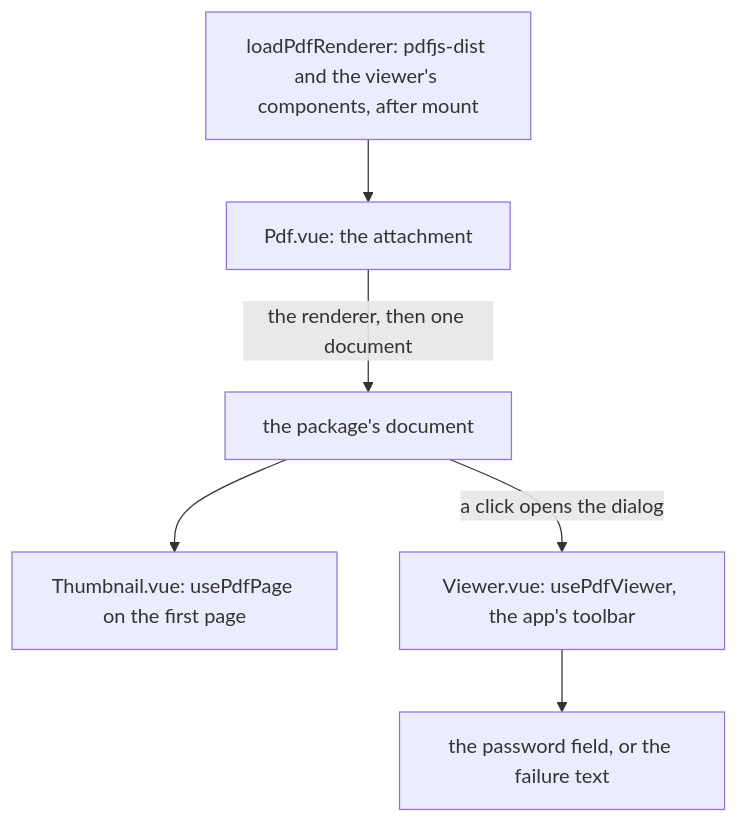
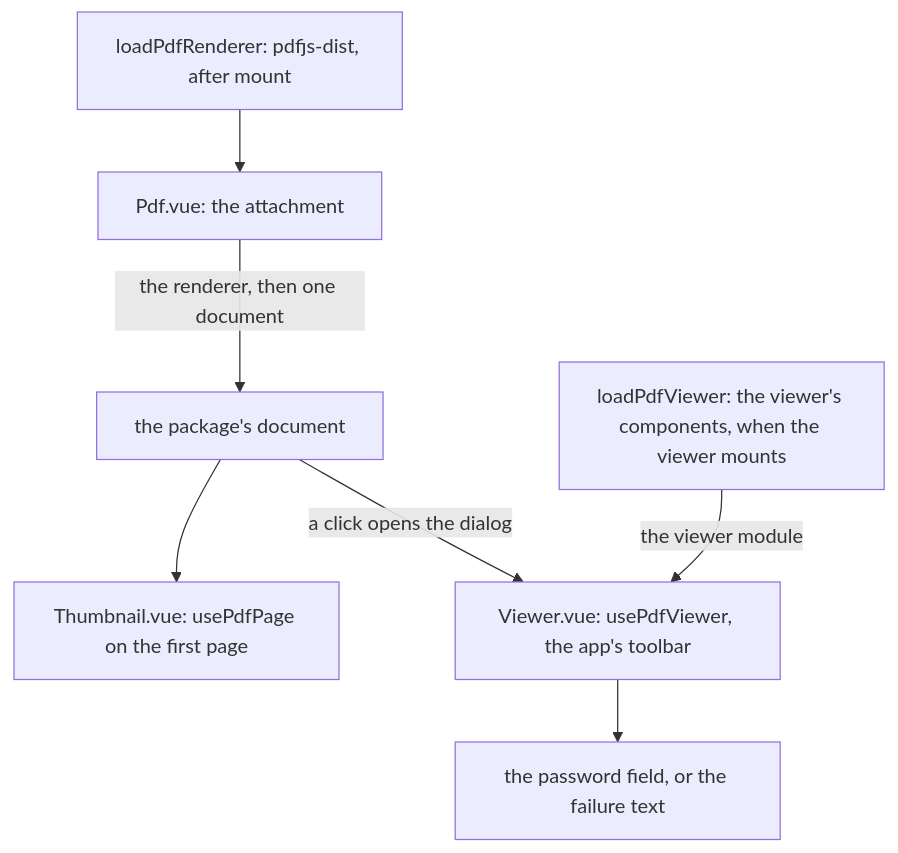
Before and after one commit to Esposter/Esposter: the diagram in openspec/specs/architecture/pdf-viewer/design.md, drawn with Mermaid. The commit also changed other lines of this file and 2 other files, not shown here.

First line of the commit message:
docs(openspec): the viewer's pages name the zoom gesture, the viewer's own module load, and the shared download

````diff
--- a/openspec/specs/architecture/pdf-viewer/design.md
+++ b/openspec/specs/architecture/pdf-viewer/design.md
@@ -13,8 +13,9 @@
 ```mermaid
 flowchart TD
-  loader["loadPdfRenderer: pdfjs-dist and the viewer's components, after mount"] --> attachment["Pdf.vue: the attachment"]
+  loader["loadPdfRenderer: pdfjs-dist, after mount"] --> attachment["Pdf.vue: the attachment"]
   attachment -->|"the renderer, then one document"| document["the package's document"]
   document --> thumbnail["Thumbnail.vue: usePdfPage on the first page"]
   document -->|"a click opens the dialog"| viewer["Viewer.vue: usePdfViewer, the app's toolbar"]
+  viewerLoader["loadPdfViewer: the viewer's components, when the viewer mounts"] -->|"the viewer module"| viewer
   viewer --> prompt["the password field, or the failure text"]
 ```
````
